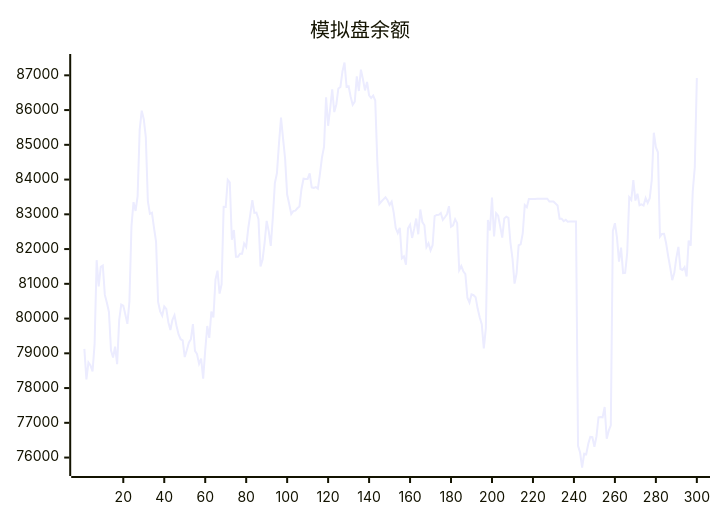
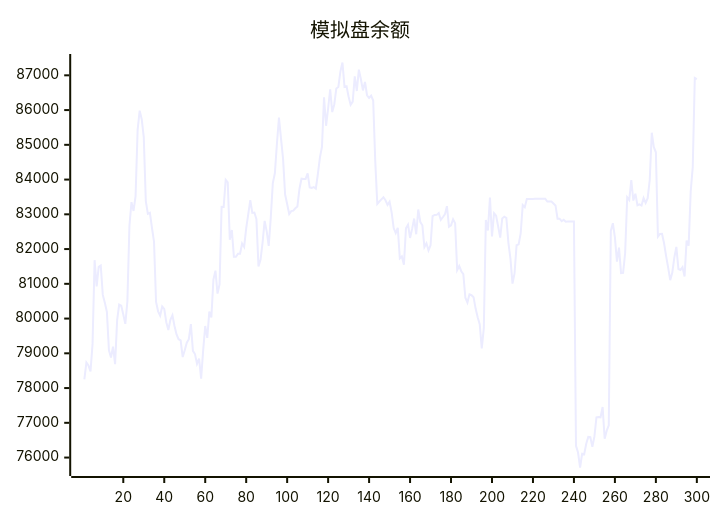
One commit to aahl/ai-trading changed the diagram in README.md. Above: the diagram before and after it, drawn with Mermaid. The commit also changed other lines of this file and 1 other file, not shown here.

````diff
--- a/README.md
+++ b/README.md
@@ -5,5 +5,5 @@
 ```mermaid
 xychart
     title "模拟盘余额"
-    line [79126,78249,78738,78653,78478,79271,81680,80923,81488,81527,80681,80455,80190,79084,78879,79193,78686,79954,80403,80374,80118,79848,80491,82665,83351,83098,83525,85430,85983,85737,85221,83378,83014,83043,82613,82216,80477,80208,80081,80348,80277,79894,79670,79965,80093,79786,79542,79406,79371,78893,79087,79304,79406,79841,79072,78978,78696,78846,78272,79085,79787,79442,80198,80031,81120,81379,80718,80985,83214,83212,83993,83921,82270,82547,81776,81776,81866,81866,82158,82061,82596,83000,83408,83041,83050,82858,81503,81691,82188,82812,82517,82092,82901,83898,84180,85030,85781,85178,84604,83569,83298,83008,83093,83107,83175,83228,83729,84025,84017,84019,84177,83775,83762,83785,83738,84160,84639,84939,86370,85548,86046,86599,85942,86161,86622,86664,87115,87369,86666,86685,86384,86152,86243,86969,86548,87164,86885,86566,86809,86427,86348,86417,86273,84538,83299,83369,83430,83490,83404,83270,83362,83056,82605,82459,82614,81734,81788,81551,82598,82702,82320,82580,82878,82426,83139,82778,82686,82056,82166,81963,82110,82951,82983,82984,83038,82838,82915,82998,83235,82642,82682,82858,82746,81396,81512,81362,81277,80600,80461,80699,80673,80616,80288,80038,79836,79142,79722,82837,82533,83480,82366,83032,82960,82654,82330,82883,82934,82901,82188,81728,81005,81298,82110,82135,82449,83264,83203,83440,83439,83440,83440,83446,83447,83448,83447,83448,83449,83369,83369,83369,83313,83256,82872,82873,82801,82844,82785,82791,82791,82793,82794,76339,76145,75714,76110,76096,76397,76594,76585,76310,76607,77160,77170,77160,77456,76541,76774,76927,82520,82744,82337,81639,82040,81307,81314,81887,83490,83414,83984,83396,83594,83261,83287,83253,83470,83327,83465,83987,85348,84930,84786,82355,82433,82438,82167,81795,81466,81105,81315,81756,82064,81426,81398,81481,81210,82242,82099,83658,84359,86925]
+    line [78249,78738,78653,78478,79271,81680,80923,81488,81527,80681,80455,80190,79084,78879,79193,78686,79954,80403,80374,80118,79848,80491,82665,83351,83098,83525,85430,85983,85737,85221,83378,83014,83043,82613,82216,80477,80208,80081,80348,80277,79894,79670,79965,80093,79786,79542,79406,79371,78893,79087,79304,79406,79841,79072,78978,78696,78846,78272,79085,79787,79442,80198,80031,81120,81379,80718,80985,83214,83212,83993,83921,82270,82547,81776,81776,81866,81866,82158,82061,82596,83000,83408,83041,83050,82858,81503,81691,82188,82812,82517,82092,82901,83898,84180,85030,85781,85178,84604,83569,83298,83008,83093,83107,83175,83228,83729,84025,84017,84019,84177,83775,83762,83785,83738,84160,84639,84939,86370,85548,86046,86599,85942,86161,86622,86664,87115,87369,86666,86685,86384,86152,86243,86969,86548,87164,86885,86566,86809,86427,86348,86417,86273,84538,83299,83369,83430,83490,83404,83270,83362,83056,82605,82459,82614,81734,81788,81551,82598,82702,82320,82580,82878,82426,83139,82778,82686,82056,82166,81963,82110,82951,82983,82984,83038,82838,82915,82998,83235,82642,82682,82858,82746,81396,81512,81362,81277,80600,80461,80699,80673,80616,80288,80038,79836,79142,79722,82837,82533,83480,82366,83032,82960,82654,82330,82883,82934,82901,82188,81728,81005,81298,82110,82135,82449,83264,83203,83440,83439,83440,83440,83446,83447,83448,83447,83448,83449,83369,83369,83369,83313,83256,82872,82873,82801,82844,82785,82791,82791,82793,82794,76339,76145,75714,76110,76096,76397,76594,76585,76310,76607,77160,77170,77160,77456,76541,76774,76927,82520,82744,82337,81639,82040,81307,81314,81887,83490,83414,83984,83396,83594,83261,83287,83253,83470,83327,83465,83987,85348,84930,84786,82355,82433,82438,82167,81795,81466,81105,81315,81756,82064,81426,81398,81481,81210,82242,82099,83658,84359,86925,86892]
 ```
````
